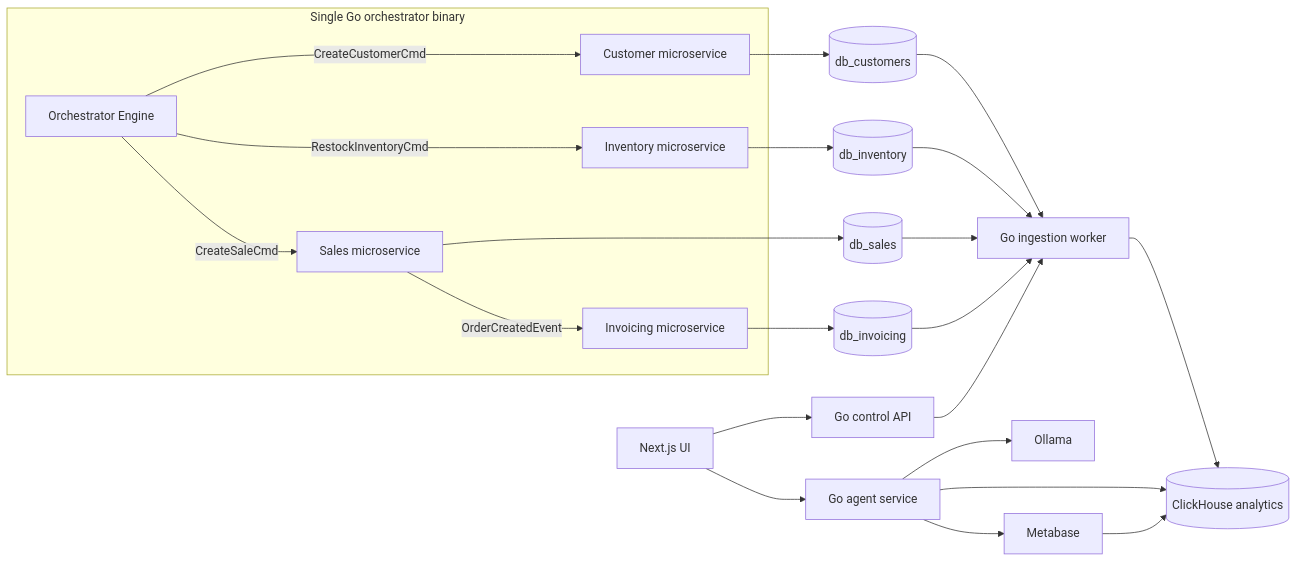
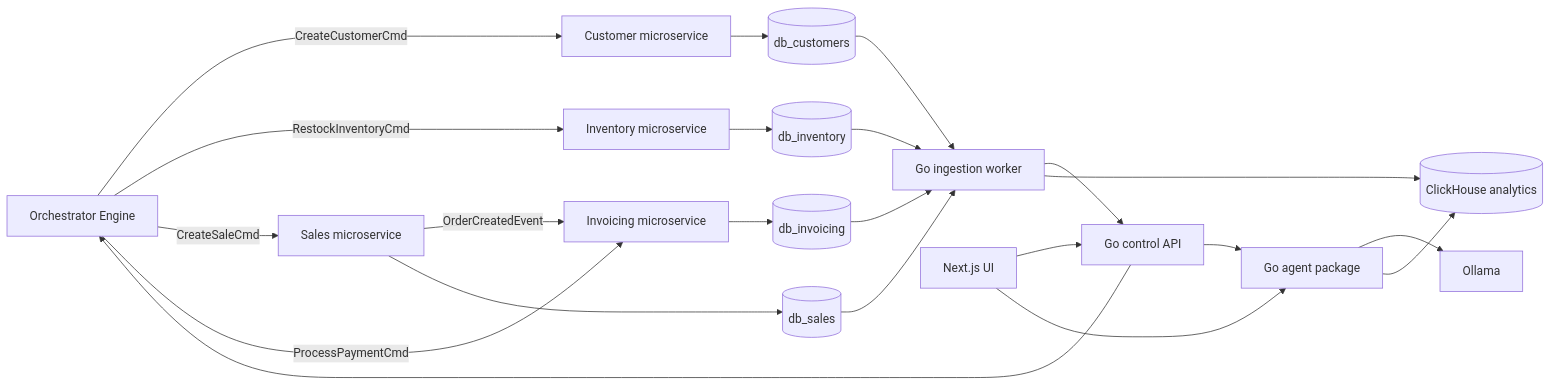
The diagram in CLAUDE.md (poph2/datastack), drawn with Mermaid before and after one commit. The commit also changed other lines of this file and 4 other files, not shown here.

Commit message:
feat: update documentation and remove Metabase service from Docker Compose

````diff
--- a/CLAUDE.md
+++ b/CLAUDE.md
@@ -53,25 +51,24 @@
 ```mermaid
 flowchart LR
-  subgraph Binary[Single Go orchestrator binary]
-    Orchestrator[Orchestrator Engine] -- CreateCustomerCmd --> CustomerSvc[Customer microservice]
-    Orchestrator -- RestockInventoryCmd --> InventorySvc[Inventory microservice]
-    Orchestrator -- CreateSaleCmd --> SalesSvc[Sales microservice]
-    SalesSvc -- OrderCreatedEvent --> InvoicingSvc[Invoicing microservice]
-  end
+  Orchestrator[Orchestrator Engine] -- CreateCustomerCmd --> CustomerSvc[Customer microservice]
+  Orchestrator -- RestockInventoryCmd --> InventorySvc[Inventory microservice]
+  Orchestrator -- CreateSaleCmd --> SalesSvc[Sales microservice]
+  Orchestrator -- ProcessPaymentCmd --> InvoicingSvc[Invoicing microservice]
+  SalesSvc -- OrderCreatedEvent --> InvoicingSvc
   CustomerSvc --> CustomerDB[(db_customers)]
   InventorySvc --> InventoryDB[(db_inventory)]
   SalesSvc --> SalesDB[(db_sales)]
   InvoicingSvc --> InvoicingDB[(db_invoicing)]
-  CustomerDB --> Ingestor[Go ingestion worker]
+  Ingestor[Go ingestion worker] --> ControlAPI[Go control API]
+  ControlAPI --> Agent[Go agent package]
+  ControlAPI --> Orchestrator
+  CustomerDB --> Ingestor
   InventoryDB --> Ingestor
   SalesDB --> Ingestor
   InvoicingDB --> Ingestor
   Ingestor --> ClickHouse[(ClickHouse analytics)]
-  ControlAPI[Go control API] --> Ingestor
   UI[Next.js UI] --> ControlAPI
-  UI --> Agent[Go agent service]
+  UI --> Agent
   Agent --> Ollama[Ollama]
   Agent --> ClickHouse
-  Agent --> Metabase[Metabase]
-  Metabase --> ClickHouse
 ```
````
